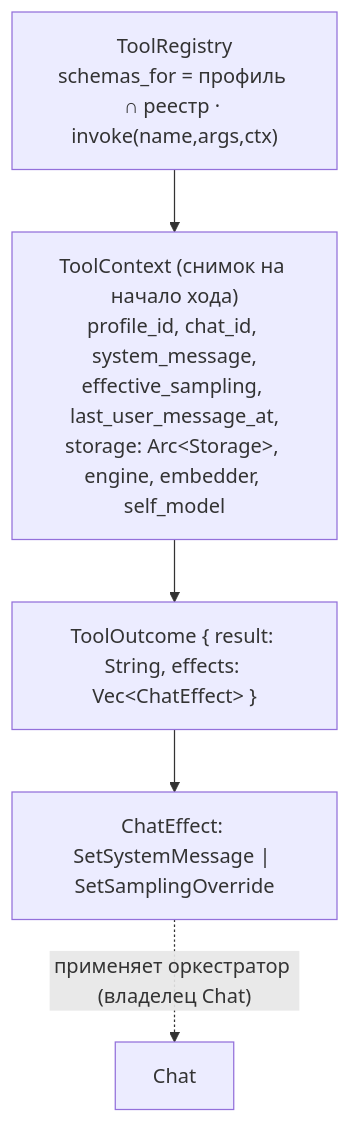
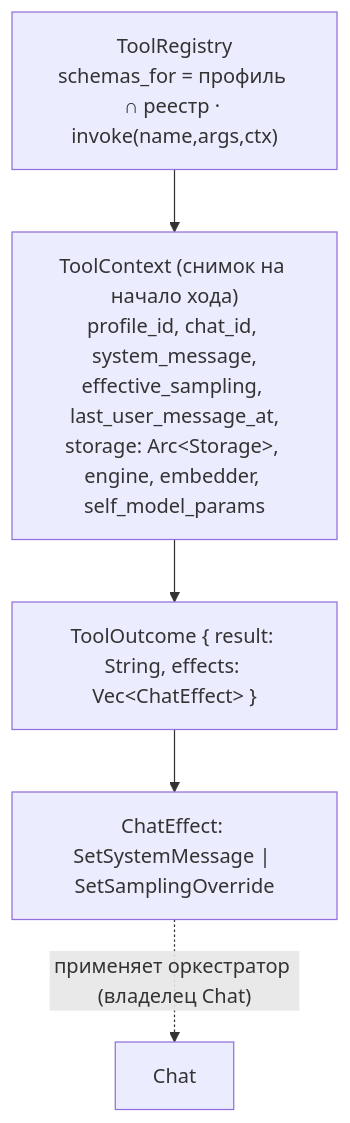
One commit to vshylov/mindfork-rs changed the tenth of 17 diagrams in docs/architecture.md. Above: the diagram before and after it, drawn with Mermaid. The commit also changed other lines of this file and 16 other files, not shown here.

First line of the commit message:
feat(self-model): наблюдаемость фоновых задач + чистка контракта (этап 5)

````diff
--- a/docs/architecture.md
+++ b/docs/architecture.md
@@ -579,12 +582,12 @@
 ```mermaid
 flowchart TB
     REG["ToolRegistry<br/>schemas_for = профиль ∩ реестр · invoke(name,args,ctx)"]
-    CTX["ToolContext (снимок на начало хода)<br/>profile_id, chat_id, system_message,<br/>effective_sampling, last_user_message_at,<br/>storage: Arc&lt;Storage&gt;, engine, embedder, self_model"]
+    CTX["ToolContext (снимок на начало хода)<br/>profile_id, chat_id, system_message,<br/>effective_sampling, last_user_message_at,<br/>storage: Arc&lt;Storage&gt;, engine, embedder, self_model_params"]
     OUT["ToolOutcome { result: String, effects: Vec&lt;ChatEffect&gt; }"]
     EFF["ChatEffect: SetSystemMessage | SetSamplingOverride"]
 
     REG --> CTX
     CTX --> OUT
     OUT --> EFF
     EFF -. "применяет оркестратор (владелец Chat)" .-> ORCH["Chat"]
 ```
````
